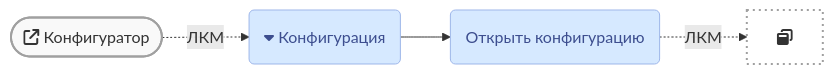
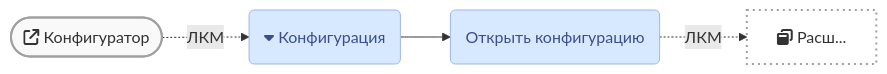
Before and after one commit to lugovoe/manual: the second of 4 diagrams in faq/crash/main-white-window.md, drawn with Mermaid. The commit also changed other lines of this file, not shown here.

````diff
--- a/faq/crash/main-white-window.md
+++ b/faq/crash/main-white-window.md
@@ -35,13 +41,13 @@
 ``` mermaid
 graph LR
   %% https://mermaid-js.github.io/mermaid-live-editor/
   %% https://fontawesome.ru/all-icons/
   b1([fa:fa-external-link Конфигуратор]) -.-> |ЛКМ| m1
   m1(fa:fa-caret-down Конфигурация) --> m2
-  m2(Открыть конфигурацию) -.-> |ЛКМ| e0
-  e0[fa:fa-window-restore]
+  m2(Открыть конфигурацию) -.-> |ЛКМ| e00
+  e00[fa:fa-window-restore Расш...]
   style b1 fill:#f9f9f9,stroke:#a0a0a0,stroke-width:2px
-  style e0 fill:#fff,stroke:#a0a0a0,stroke-width:2px,stroke-dasharray:2 4
+  style e00 fill:#fff,stroke:#a0a0a0,stroke-width:2px,stroke-dasharray:2 4
   classDef confmenu fill:#d6e9ff,stroke:#9eb6e9,stroke-width:1px,color:#3d4e8f
   class m1,m2 confmenu
 ```
````
